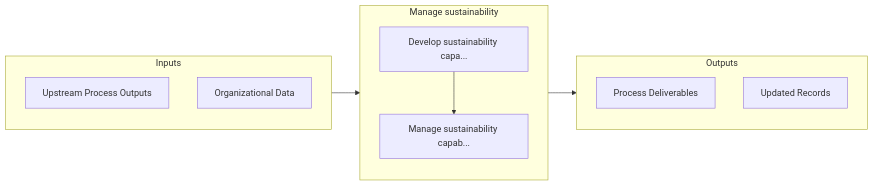
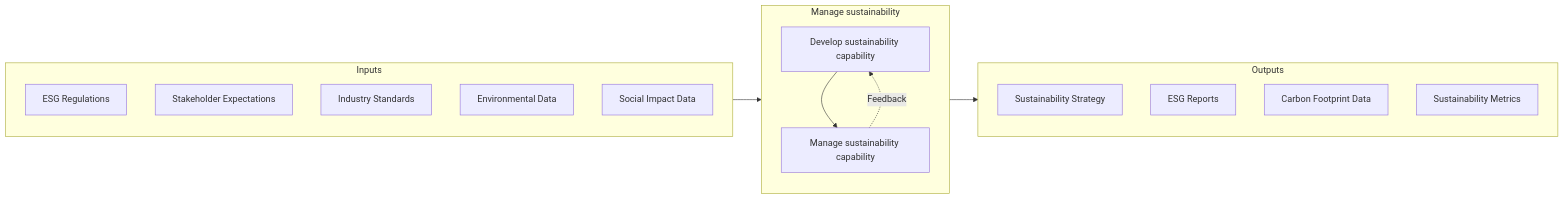
One commit to kziemski/business.org.ai changed the second of 3 diagrams in processes/13-Capabilities/13.9-ManageSustainability/index.mdx. Above: the diagram before and after it, drawn with Mermaid. The commit also changed other lines of this file and 885 other files, not shown here.

````diff
--- a/processes/13-Capabilities/13.9-ManageSustainability/index.mdx
+++ b/processes/13-Capabilities/13.9-ManageSustainability/index.mdx
@@ -59,20 +61,26 @@
 ```mermaid
 flowchart LR
     subgraph Inputs["Inputs"]
-        I1["Upstream Process Outputs"]
-        I2["Organizational Data"]
+        I1["ESG Regulations"]
+        I2["Stakeholder Expectations"]
+        I3["Industry Standards"]
+        I4["Environmental Data"]
+        I5["Social Impact Data"]
     end
 
     subgraph Process["Manage sustainability"]
-        S1["Develop sustainability capa..."]
-        S2["Manage sustainability capab..."]
+        S1["Develop sustainability capability"]
+        S2["Manage sustainability capability"]
     end
 
     subgraph Outputs["Outputs"]
-        O1["Process Deliverables"]
-        O2["Updated Records"]
+        O1["Sustainability Strategy"]
+        O2["ESG Reports"]
+        O3["Carbon Footprint Data"]
+        O4["Sustainability Metrics"]
     end
 
     Inputs --> Process --> Outputs
     S1 --> S2
+    S2 -.->|Feedback| S1
 ```
````
